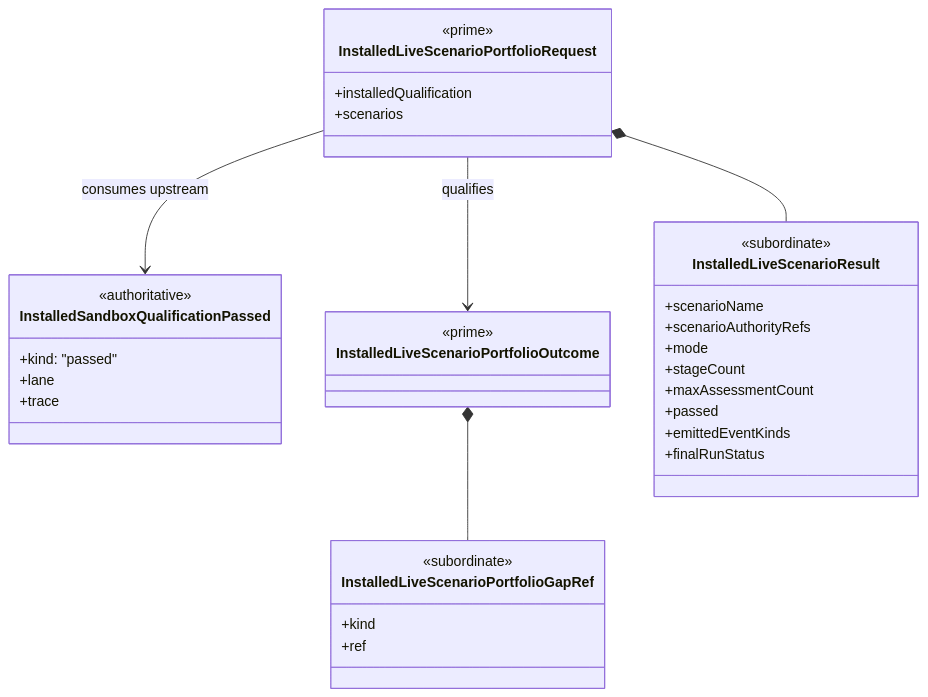
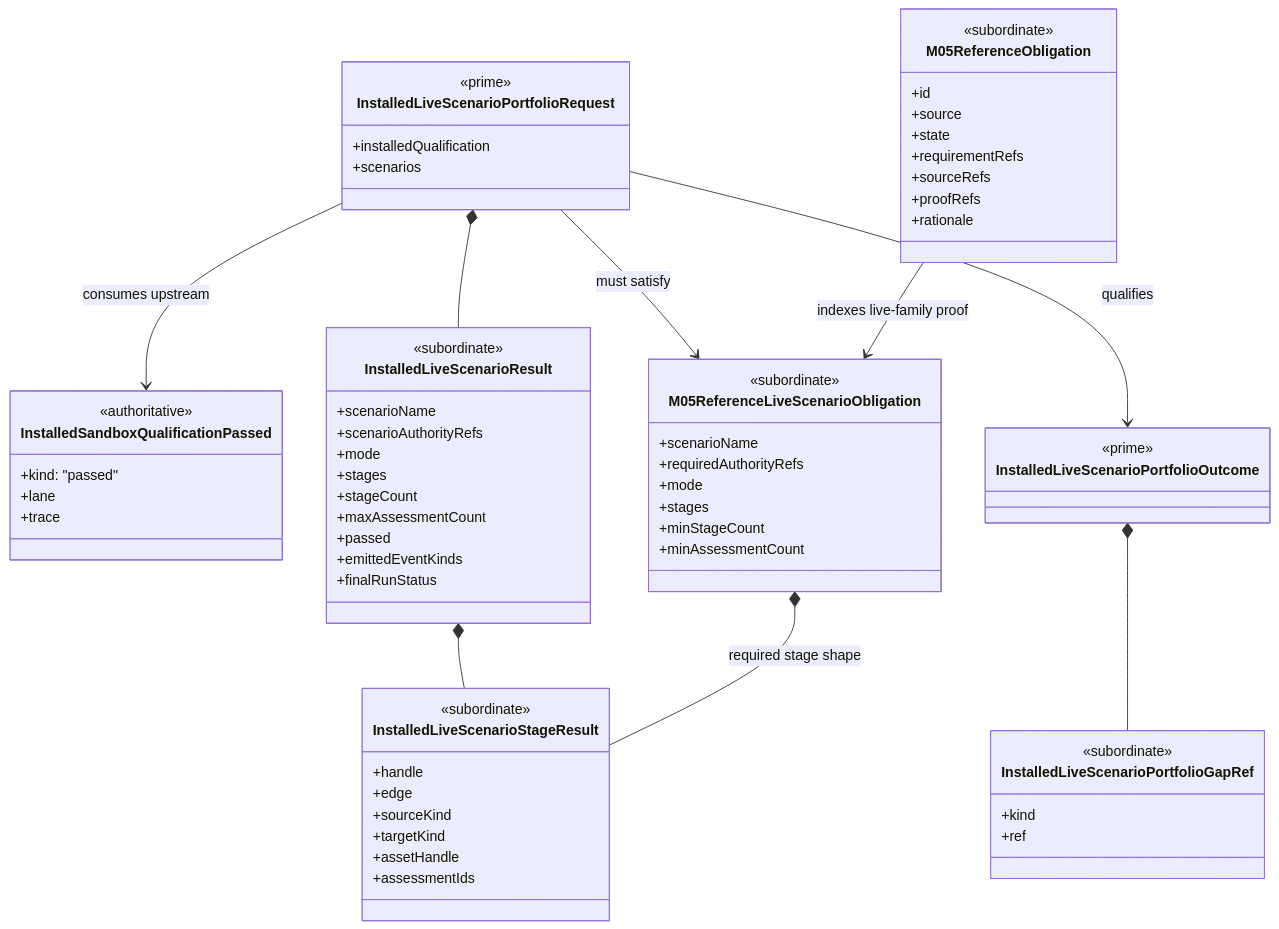
Before and after one commit to foolishimp/abiogenesis: the diagram in build_tenants/abiogenesis/typescript/design/M05_INSTALLED_LIVE_PORTFOLIO_STRUCTURAL_CARRIER_DIAGRAM.md, drawn with Mermaid. The commit also changed 255 other files, not shown here.

````diff
--- a/build_tenants/abiogenesis/typescript/design/M05_INSTALLED_LIVE_PORTFOLIO_STRUCTURAL_CARRIER_DIAGRAM.md
+++ b/build_tenants/abiogenesis/typescript/design/M05_INSTALLED_LIVE_PORTFOLIO_STRUCTURAL_CARRIER_DIAGRAM.md
@@ -32,11 +32,22 @@
   +scenarioName
   +scenarioAuthorityRefs
   +mode
+  +stages
   +stageCount
   +maxAssessmentCount
   +passed
   +emittedEventKinds
   +finalRunStatus
+}
+
+class InstalledLiveScenarioStageResult {
+  <<subordinate>>
+  +handle
+  +edge
+  +sourceKind
+  +targetKind
+  +assetHandle
+  +assessmentIds
 }
 
 class InstalledLiveScenarioPortfolioGapRef {
@@ -45,8 +56,35 @@
   +ref
 }
 
+class M05ReferenceLiveScenarioObligation {
+  <<subordinate>>
+  <<authoritative>>
+  +scenarioName
+  +requiredAuthorityRefs
+  +mode
+  +stages
+  +minStageCount
+  +minAssessmentCount
+}
+
+class M05ReferenceObligation {
+  <<subordinate>>
+  <<authoritative>>
+  +id
+  +source
+  +state
+  +requirementRefs
+  +sourceRefs
+  +proofRefs
+  +rationale
+}
+
 InstalledLiveScenarioPortfolioRequest --> InstalledSandboxQualificationPassed : consumes upstream
 InstalledLiveScenarioPortfolioRequest *-- InstalledLiveScenarioResult
+InstalledLiveScenarioResult *-- InstalledLiveScenarioStageResult
+M05ReferenceLiveScenarioObligation *-- InstalledLiveScenarioStageResult : required stage shape
+InstalledLiveScenarioPortfolioRequest --> M05ReferenceLiveScenarioObligation : must satisfy
+M05ReferenceObligation --> M05ReferenceLiveScenarioObligation : indexes live-family proof
 InstalledLiveScenarioPortfolioOutcome *-- InstalledLiveScenarioPortfolioGapRef
 InstalledLiveScenarioPortfolioRequest --> InstalledLiveScenarioPortfolioOutcome : qualifies
 ```
````
